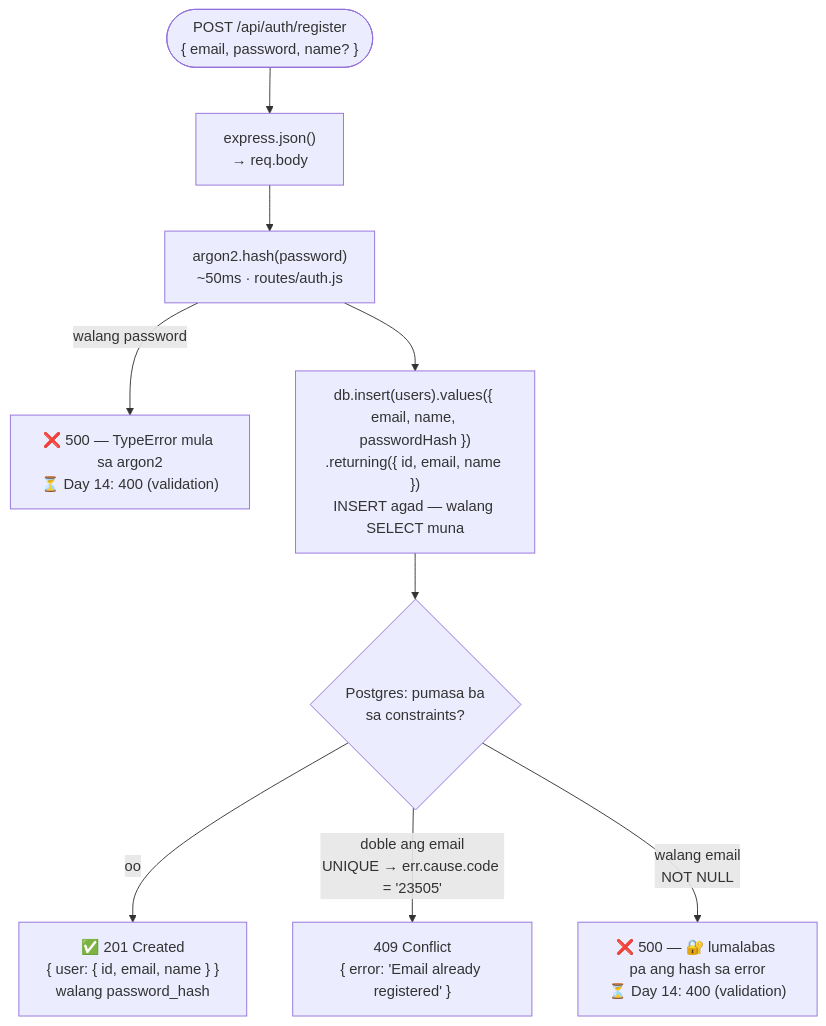
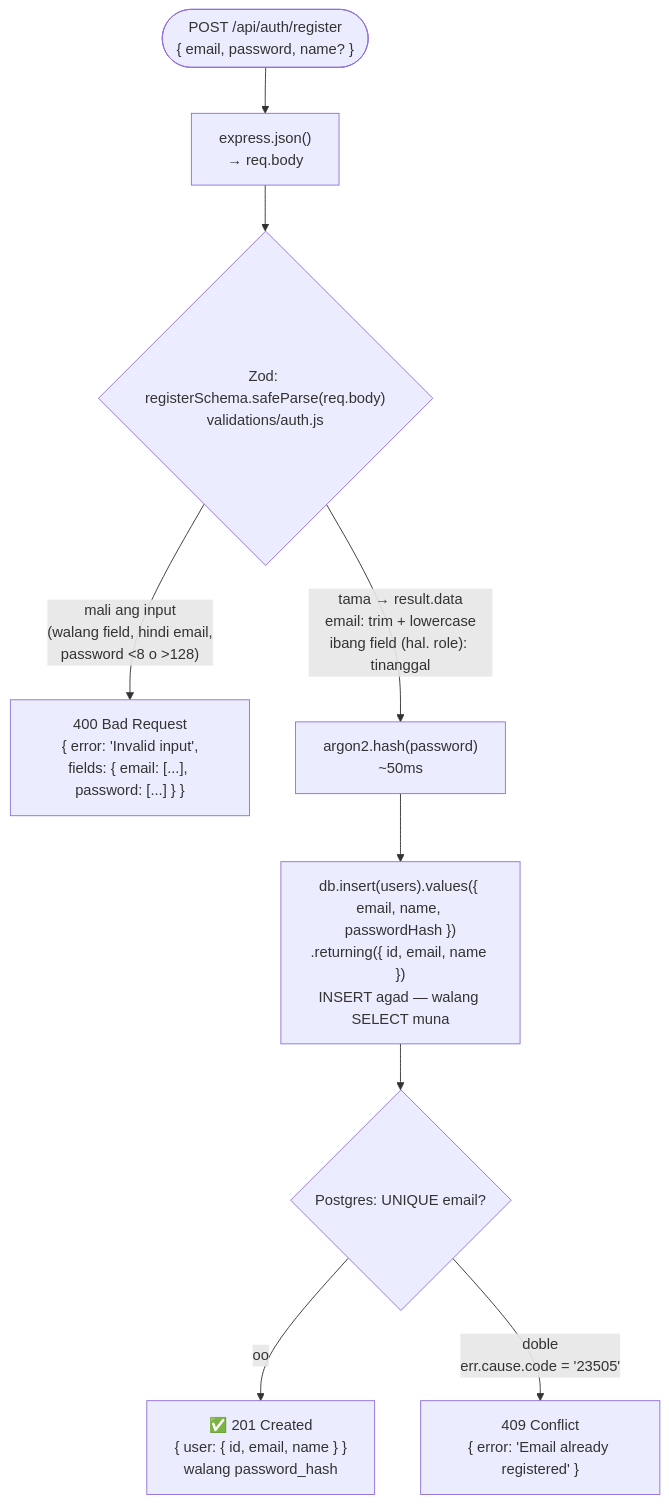
One commit to nelson1869-ai/auth-learning changed the first of 2 diagrams in docs/diagrams/03-register-flow.md. Above: the diagram before and after it, drawn with Mermaid. The commit also changed other lines of this file and 4 other files, not shown here.

First line of the commit message:
docs: validation cases in 04-register.http, register flow, API contract, day 14 notes

````diff
--- a/docs/diagrams/03-register-flow.md
+++ b/docs/diagrams/03-register-flow.md
@@ -10,11 +10,11 @@
 ```mermaid
 flowchart TD
     Req(["POST /api/auth/register<br/>{ email, password, name? }"]) --> JSON["express.json()<br/>→ req.body"]
-    JSON --> Hash["argon2.hash(password)<br/>~50ms · routes/auth.js"]
-    Hash -->|"walang password"| E500a["❌ 500 — TypeError mula sa argon2<br/>⏳ Day 14: 400 (validation)"]
+    JSON --> Zod{"Zod: registerSchema.safeParse(req.body)<br/>validations/auth.js"}
+    Zod -->|"mali ang input<br/>(walang field, hindi email,<br/>password &lt;8 o &gt;128)"| C400["400 Bad Request<br/>{ error: 'Invalid input',<br/>fields: { email: [...], password: [...] } }"]
+    Zod -->|"tama → result.data<br/>email: trim + lowercase<br/>ibang field (hal. role): tinanggal"| Hash["argon2.hash(password)<br/>~50ms"]
     Hash --> Insert["db.insert(users).values({ email, name, passwordHash })<br/>.returning({ id, email, name })<br/>INSERT agad — walang SELECT muna"]
-    Insert --> DB{"Postgres: pumasa ba<br/>sa constraints?"}
+    Insert --> DB{"Postgres: UNIQUE email?"}
     DB -->|"oo"| C201["✅ 201 Created<br/>{ user: { id, email, name } }<br/>walang password_hash"]
-    DB -->|"doble ang email<br/>UNIQUE → err.cause.code = '23505'"| C409["409 Conflict<br/>{ error: 'Email already registered' }"]
-    DB -->|"walang email<br/>NOT NULL"| E500b["❌ 500 — 🔐 lumalabas pa ang hash sa error<br/>⏳ Day 14: 400 (validation)"]
+    DB -->|"doble<br/>err.cause.code = '23505'"| C409["409 Conflict<br/>{ error: 'Email already registered' }"]
 ```
````
